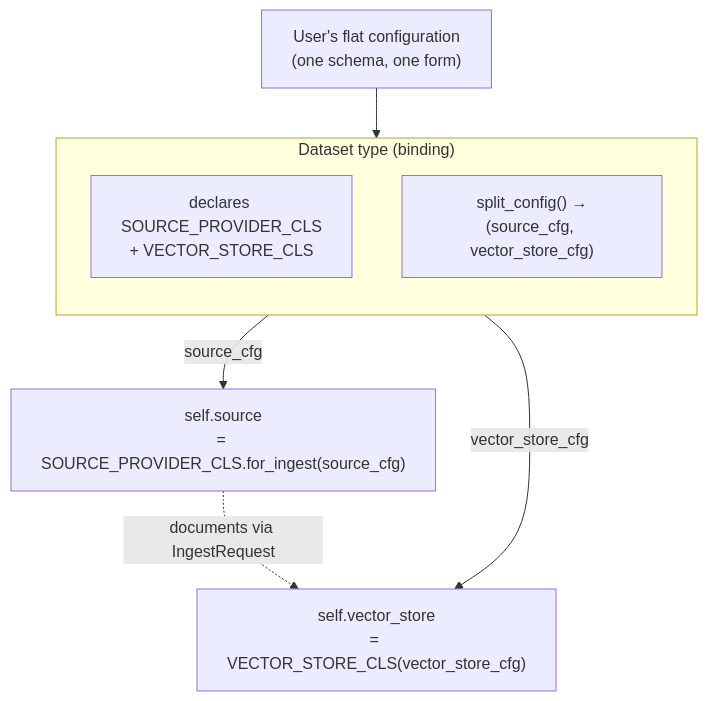
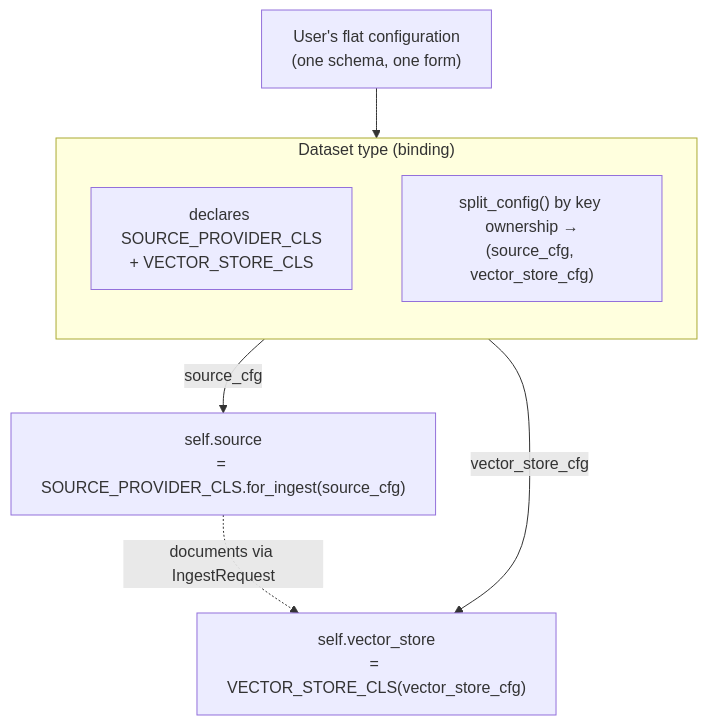
The first of 2 diagrams in packages/spaces/backend/docs/concepts.md (OpenMined/syft-space), drawn with Mermaid before and after one commit. The commit also changed other lines of this file and 7 other files, not shown here.

````diff
--- a/packages/spaces/backend/docs/concepts.md
+++ b/packages/spaces/backend/docs/concepts.md
@@ -41,15 +41,15 @@
 ```mermaid
 flowchart TB
     USER["User's flat configuration<br/>(one schema, one form)"]
     subgraph DT["Dataset type (binding)"]
         direction TB
         DECL["declares SOURCE_PROVIDER_CLS<br/>+ VECTOR_STORE_CLS"]
-        SPLIT["split_config() →<br/>(source_cfg, vector_store_cfg)"]
+        SPLIT["split_config() by key ownership →<br/>(source_cfg, vector_store_cfg)"]
     end
     SRC["self.source<br/>= SOURCE_PROVIDER_CLS.for_ingest(source_cfg)"]
     VS["self.vector_store<br/>= VECTOR_STORE_CLS(vector_store_cfg)"]
     USER --> SPLIT
     SPLIT -->|source_cfg| SRC
     SPLIT -->|vector_store_cfg| VS
     SRC -.->|documents via IngestRequest| VS
 ```
````
